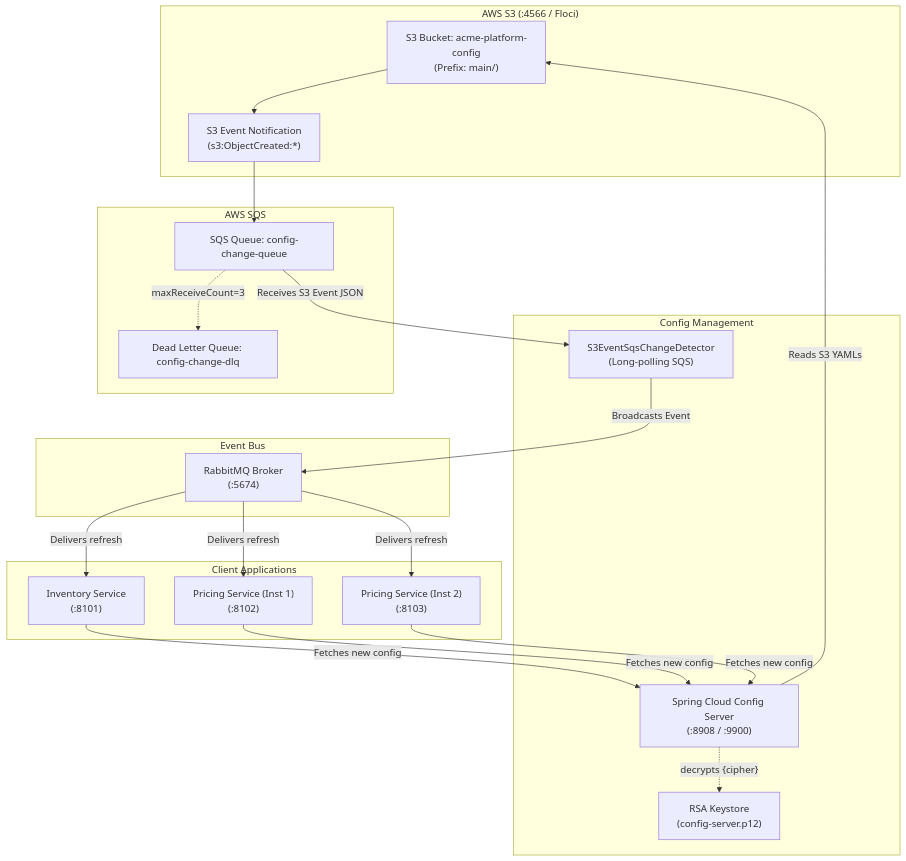
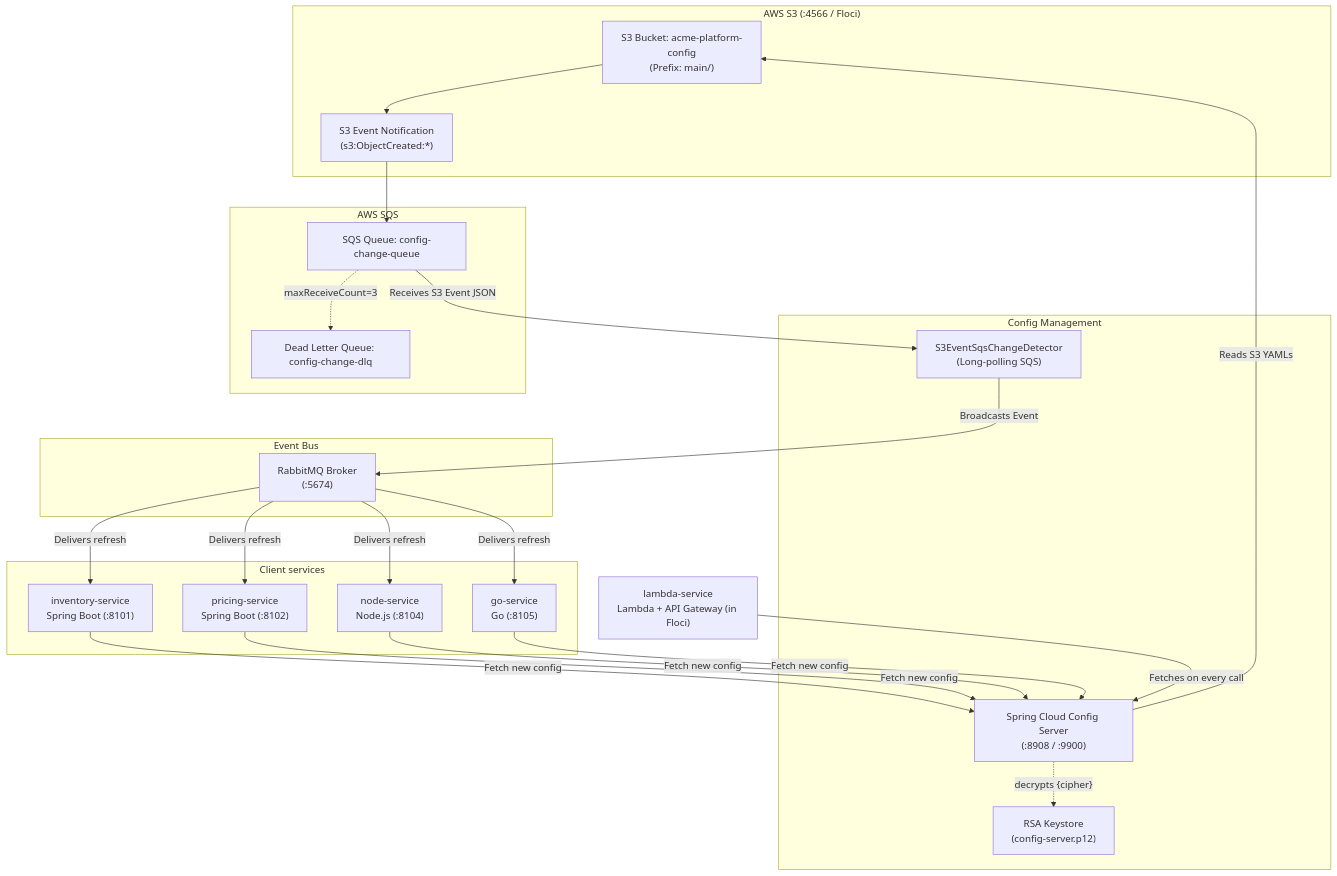
One commit to kirankumarhm/springboot-config-server-external-properties-demo changed the first of 4 diagrams in version-c-s3/README.md. Above: the diagram before and after it, drawn with Mermaid. The commit also changed other lines of this file and 438 other files, not shown here.

````diff
--- a/version-c-s3/README.md
+++ b/version-c-s3/README.md
@@ -16,42 +31,42 @@
 ```mermaid
 graph TD
     subgraph Storage["AWS S3 (:4566 / Floci)"]
         S3Bucket["S3 Bucket: acme-platform-config<br/>(Prefix: main/)"]
         S3Event["S3 Event Notification<br/>(s3:ObjectCreated:*)"]
         S3Bucket --> S3Event
     end
 
     subgraph MessagingQueue["AWS SQS"]
         SQS["SQS Queue: config-change-queue"]
         DLQ["Dead Letter Queue: config-change-dlq"]
         S3Event --> SQS
         SQS -. maxReceiveCount=3 .-> DLQ
     end
 
     subgraph ConfigLayer["Config Management"]
         CS["Spring Cloud Config Server<br/>(:8908 / :9900)"]
         Detector["S3EventSqsChangeDetector<br/>(Long-polling SQS)"]
         Keystore["RSA Keystore<br/>(config-server.p12)"]
         SQS -- Receives S3 Event JSON --> Detector
         CS -. decrypts {cipher} .-> Keystore
         CS -- Reads S3 YAMLs --> S3Bucket
     end
 
     subgraph MessagingBus["Event Bus"]
         RabbitMQ["RabbitMQ Broker<br/>(:5674)"]
     end
 
-    subgraph Microservices["Client Applications"]
-        Inv["Inventory Service<br/>(:8101)"]
-        Prc1["Pricing Service (Inst 1)<br/>(:8102)"]
-        Prc2["Pricing Service (Inst 2)<br/>(:8103)"]
+    subgraph Clients["Client services"]
+        Inv["inventory-service<br/>Spring Boot (:8101)"]
+        Prc["pricing-service<br/>Spring Boot (:8102)"]
+        Node["node-service<br/>Node.js (:8104)"]
+        Go["go-service<br/>Go (:8105)"]
     end
 
+    Lambda["lambda-service<br/>Lambda + API Gateway (in Floci)"]
+
     Detector -- "Broadcasts Event" --> RabbitMQ
-    RabbitMQ -- "Delivers refresh" --> Inv
-    RabbitMQ -- "Delivers refresh" --> Prc1
-    RabbitMQ -- "Delivers refresh" --> Prc2
-    Inv -- "Fetches new config" --> CS
-    Prc1 -- "Fetches new config" --> CS
-    Prc2 -- "Fetches new config" --> CS
+    RabbitMQ -- "Delivers refresh" --> Inv & Prc & Node & Go
+    Inv & Prc & Node & Go -- "Fetch new config" --> CS
+    Lambda -- "Fetches on every call" --> CS
 ```
````
